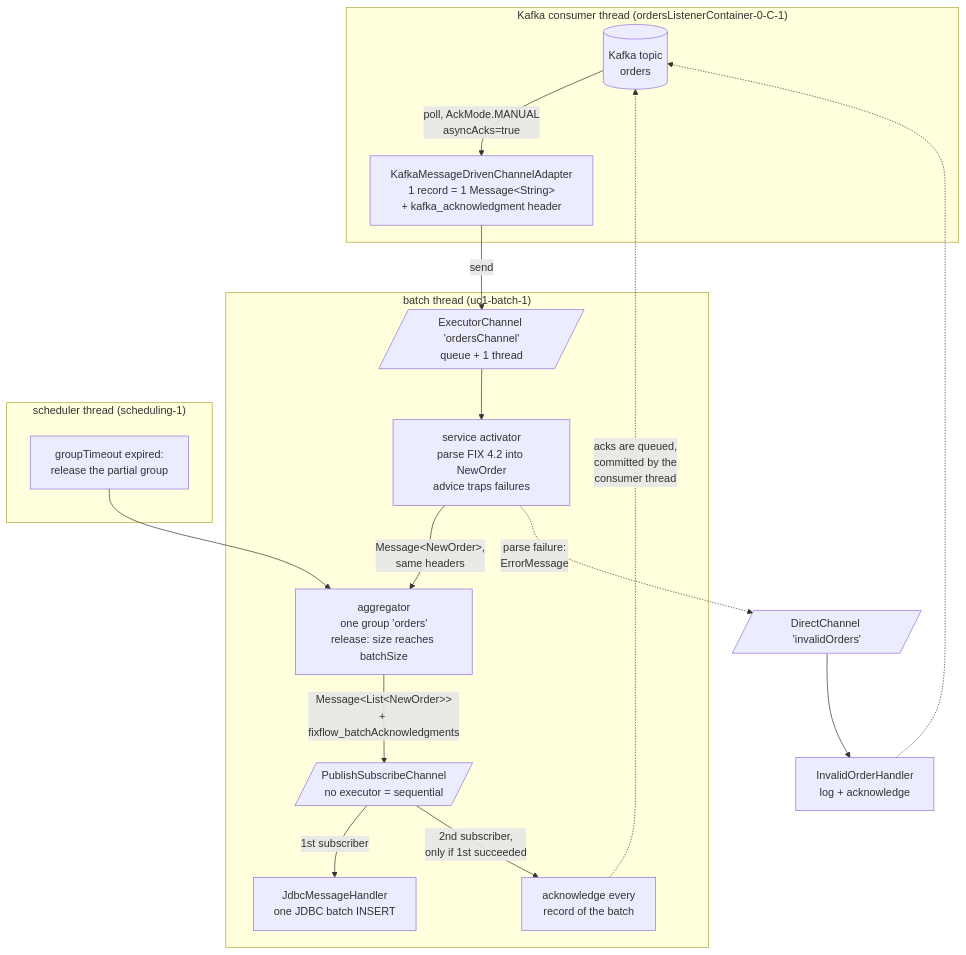
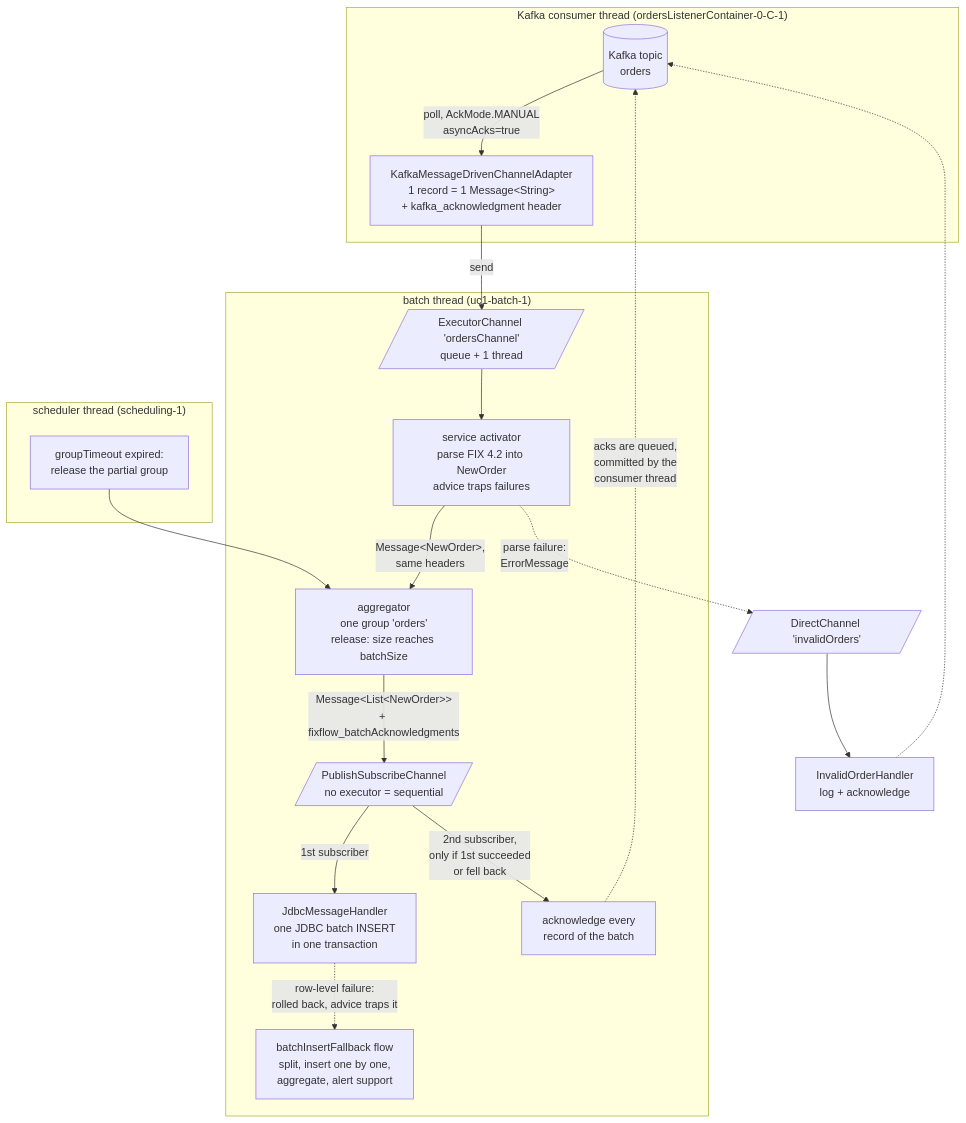
The first of 2 diagrams in usecase1/spring-integration/README.md (crazymatthsu/spring-integration-vs-apache-camel), drawn with Mermaid before and after one commit. The commit also changed other lines of this file and 27 other files, not shown here.

````diff
--- a/usecase1/spring-integration/README.md
+++ b/usecase1/spring-integration/README.md
@@ -18,21 +18,22 @@
 ```mermaid
 flowchart TB
     subgraph CT["Kafka consumer thread (ordersListenerContainer-0-C-1)"]
         K[("Kafka topic<br/>orders")] -->|"poll, AckMode.MANUAL<br/>asyncAcks=true"| A["KafkaMessageDrivenChannelAdapter<br/>1 record = 1 Message&lt;String&gt;<br/>+ kafka_acknowledgment header"]
     end
     A -->|"send"| X[/"ExecutorChannel 'ordersChannel'<br/>queue + 1 thread"/]
     subgraph BT["batch thread (uc1-batch-1)"]
         X --> P["service activator<br/>parse FIX 4.2 into NewOrder<br/>advice traps failures"]
         P -->|"Message&lt;NewOrder&gt;,<br/>same headers"| G["aggregator<br/>one group 'orders'<br/>release: size reaches batchSize"]
         G -->|"Message&lt;List&lt;NewOrder&gt;&gt;<br/>+ fixflow_batchAcknowledgments"| PS[/"PublishSubscribeChannel<br/>no executor = sequential"/]
-        PS -->|"1st subscriber"| J["JdbcMessageHandler<br/>one JDBC batch INSERT"]
-        PS -->|"2nd subscriber,<br/>only if 1st succeeded"| ACK["acknowledge every<br/>record of the batch"]
+        PS -->|"1st subscriber"| J["JdbcMessageHandler<br/>one JDBC batch INSERT<br/>in one transaction"]
+        J -.->|"row-level failure:<br/>rolled back, advice traps it"| FB["batchInsertFallback flow<br/>split, insert one by one,<br/>aggregate, alert support"]
+        PS -->|"2nd subscriber,<br/>only if 1st succeeded<br/>or fell back"| ACK["acknowledge every<br/>record of the batch"]
     end
     subgraph ST["scheduler thread (scheduling-1)"]
         T["groupTimeout expired:<br/>release the partial group"] --> G
     end
     P -.->|"parse failure:<br/>ErrorMessage"| IV[/"DirectChannel 'invalidOrders'"/]
     IV --> IH["InvalidOrderHandler<br/>log + acknowledge"]
     ACK -.->|"acks are queued,<br/>committed by the<br/>consumer thread"| K
     IH -.-> K
 ```
````
